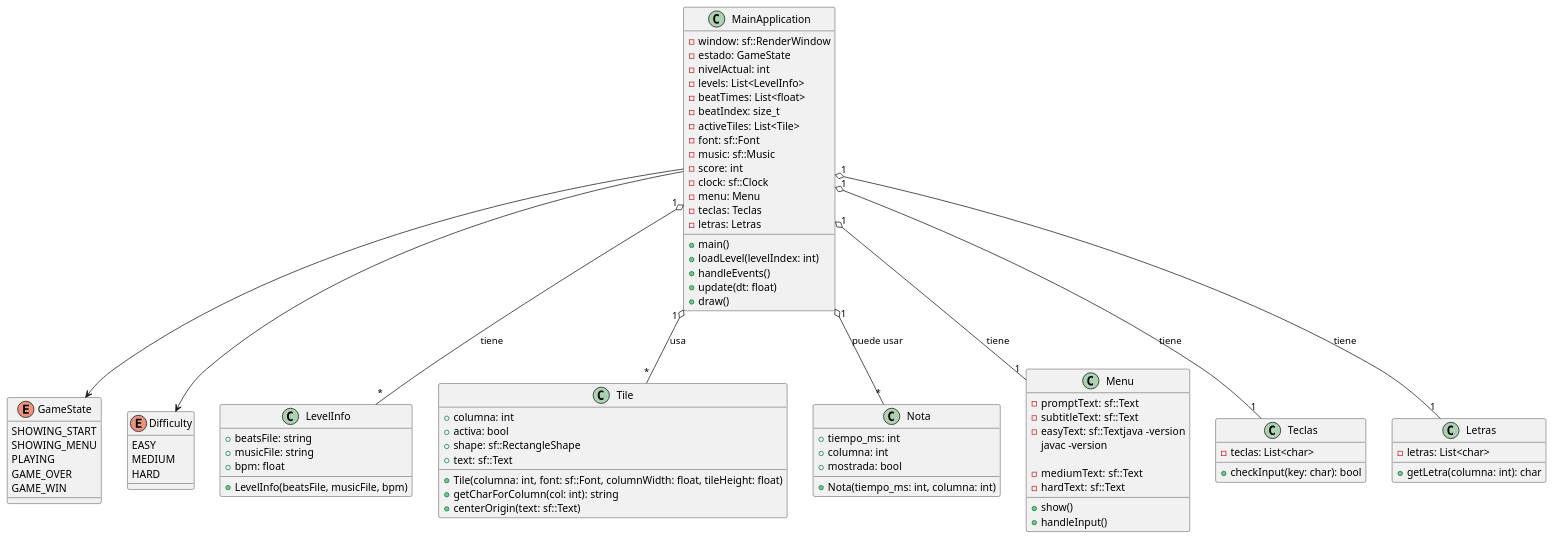
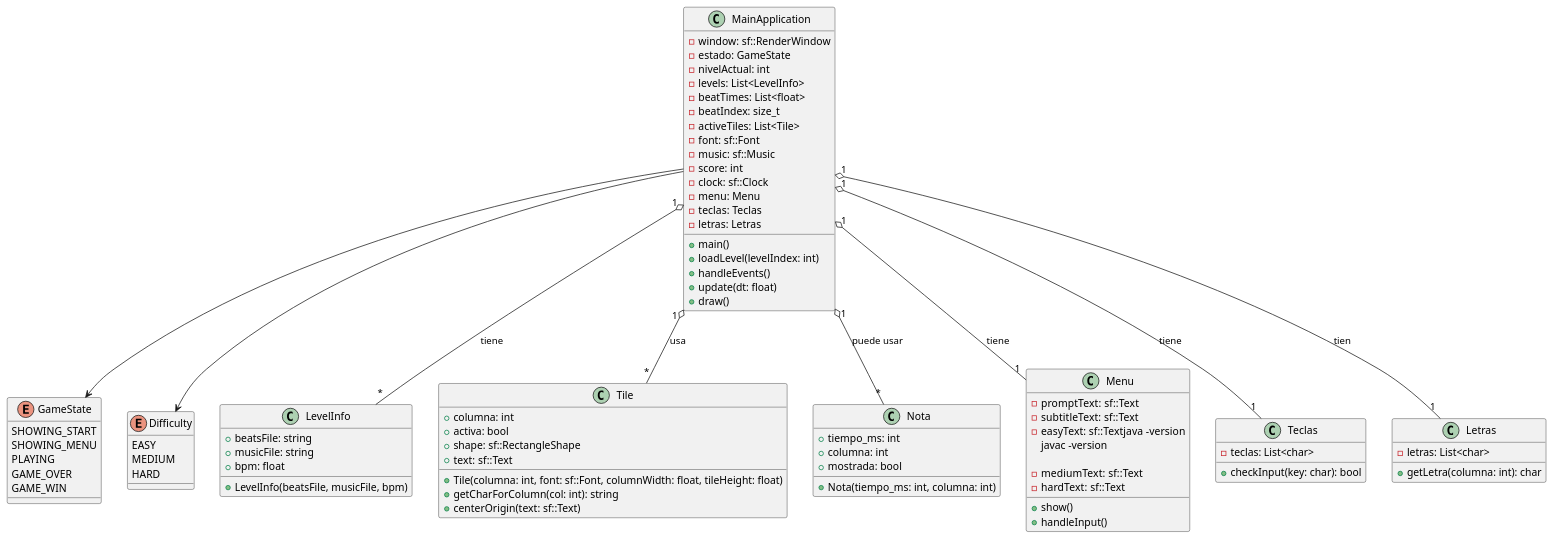
Before and after one commit to DIEGO-lgtm/PIANO: the diagram in Doc/Diagrama.puml, drawn with PlantUML. The commit also changed 4 other files, not shown here.

```diff
--- a/Doc/Diagrama.puml
+++ b/Doc/Diagrama.puml
@@ -1,96 +1,96 @@
 @startuml keyrush
 
 enum GameState {
     SHOWING_START
     SHOWING_MENU
     PLAYING
     GAME_OVER
     GAME_WIN
 }
 
 enum Difficulty {
     EASY
     MEDIUM
     HARD
 }
 
 ' --- CLASES PRINCIPALES ---
 class MainApplication {
     - window: sf::RenderWindow
     - estado: GameState
     - nivelActual: int
     - levels: List<LevelInfo>
     - beatTimes: List<float>
     - beatIndex: size_t
     - activeTiles: List<Tile>
     - font: sf::Font
     - music: sf::Music
     - score: int
     - clock: sf::Clock
     - menu: Menu
     - teclas: Teclas
     - letras: Letras
     + main()
     + loadLevel(levelIndex: int)
     + handleEvents()
     + update(dt: float)
     + draw()
 }
 
 class LevelInfo {
     + beatsFile: string
     + musicFile: string
     + bpm: float
     + LevelInfo(beatsFile, musicFile, bpm)
 }
 
 class Tile {
     + columna: int
     + activa: bool
     + shape: sf::RectangleShape
     + text: sf::Text
     + Tile(columna: int, font: sf::Font, columnWidth: float, tileHeight: float)
     + getCharForColumn(col: int): string
     + centerOrigin(text: sf::Text)
 }
 
 class Nota {
     + tiempo_ms: int
     + columna: int
     + mostrada: bool
     + Nota(tiempo_ms: int, columna: int)
 }
 
 class Menu {
     - promptText: sf::Text
     - subtitleText: sf::Text
     - easyText: sf::Textjava -version
 javac -version
 
     - mediumText: sf::Text
     - hardText: sf::Text
     + show()
     + handleInput()
 }
 
 class Teclas {
     - teclas: List<char>
     + checkInput(key: char): bool
 }
 
 class Letras {
     - letras: List<char>
     + getLetra(columna: int): char
 }
 
 ' --- RELACIONES ---
 MainApplication "1" o-- "*" Tile : usa
 MainApplication "1" o-- "*" LevelInfo : tiene
 MainApplication "1" o-- "*" Nota : puede usar
 MainApplication "1" o-- "1" Menu : tiene
 MainApplication "1" o-- "1" Teclas : tiene
-MainApplication "1" o-- "1" Letras : tiene
+MainApplication "1" o-- "1" Letras : tien
 MainApplication --> GameState
 MainApplication --> Difficulty
 
 @enduml
```
